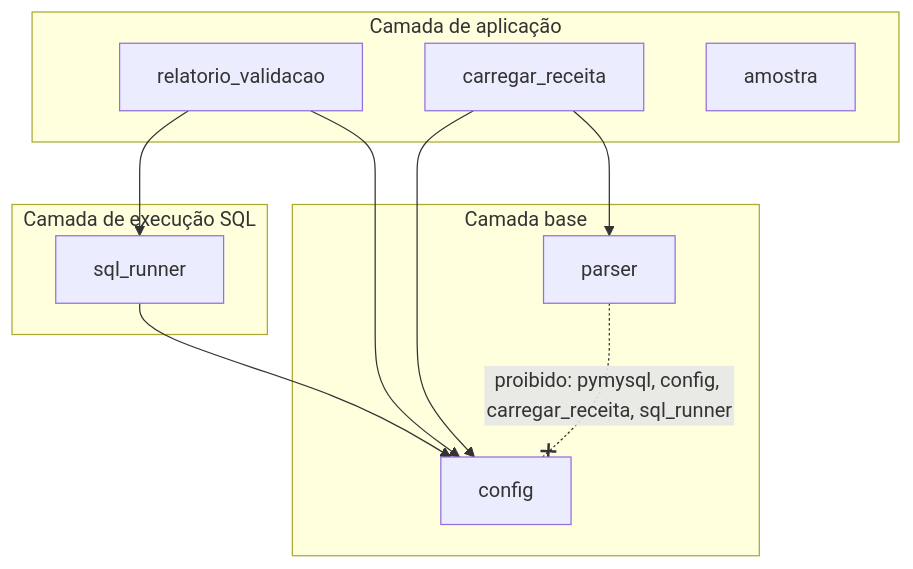
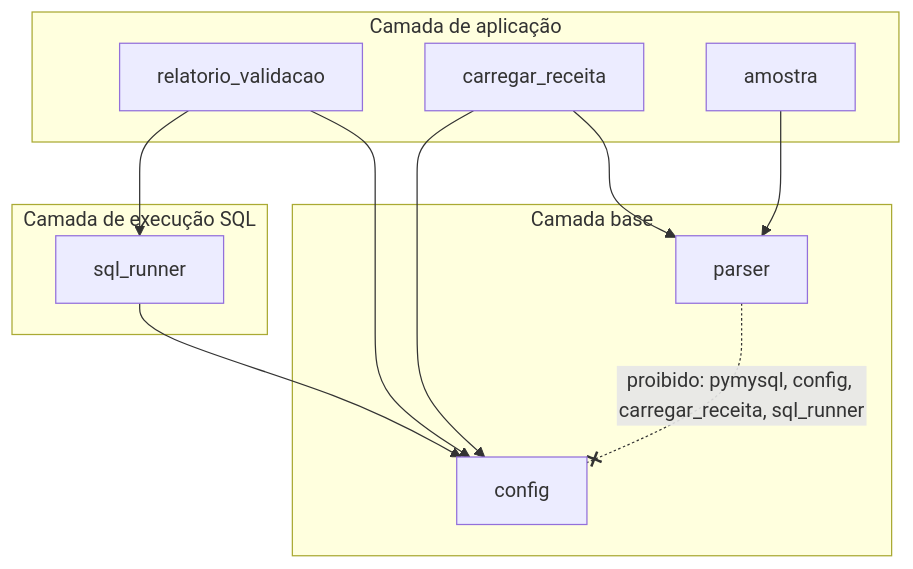
One commit to guilhermercmoraes-tech/PI2_Sprint2-Grupo-1-UFT changed the second of 2 diagrams in docs/parte2/2_banco_implementado.md. Above: the diagram before and after it, drawn with Mermaid. The commit also changed other lines of this file and 23 other files, not shown here.

````diff
--- a/docs/parte2/2_banco_implementado.md
+++ b/docs/parte2/2_banco_implementado.md
@@ -187,21 +229,22 @@
 ```mermaid
 flowchart TB
     subgraph C1["Camada de aplicação"]
         RV[relatorio_validacao]
         CR[carregar_receita]
         AM[amostra]
     end
     subgraph C2["Camada de execução SQL"]
         SR[sql_runner]
     end
     subgraph C3["Camada base"]
         CF[config]
         PA[parser]
     end
     RV --> SR
     RV --> CF
     CR --> CF
     CR --> PA
+    AM --> PA
     SR --> CF
     PA -. "proibido: pymysql, config, carregar_receita, sql_runner" .-x CF
 ```
````
